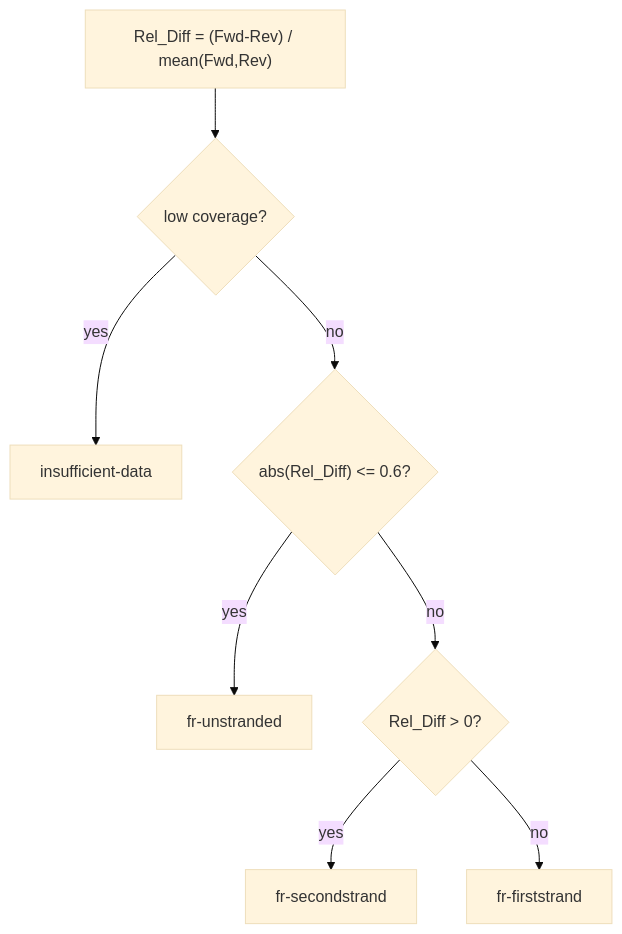
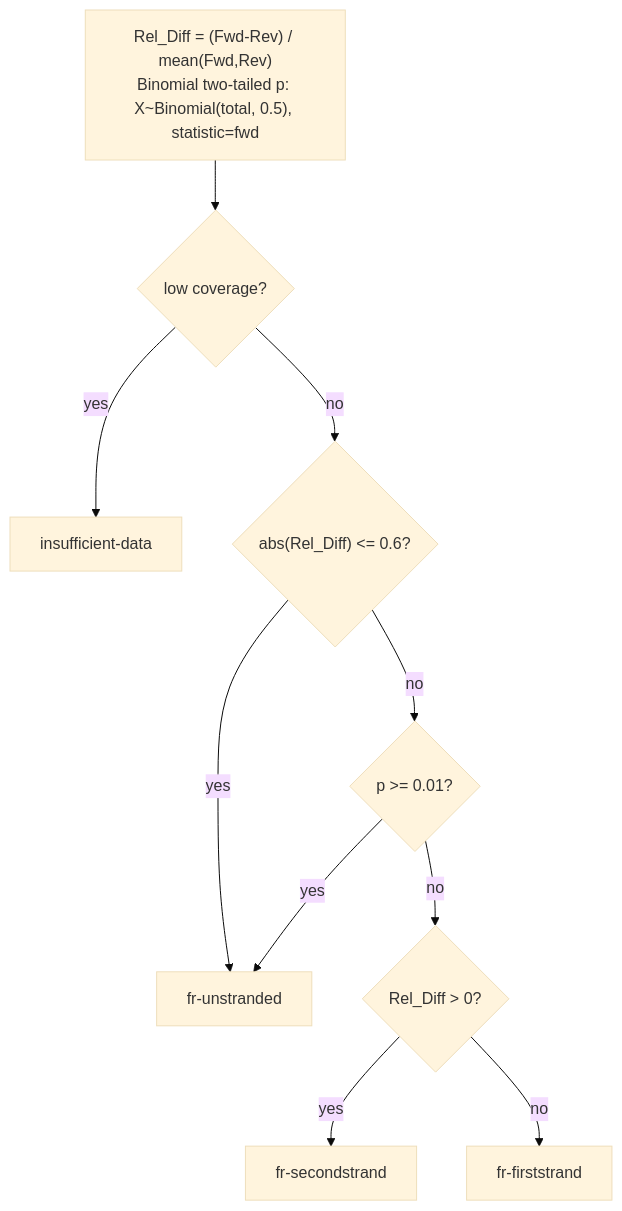
The third of 3 diagrams in README.md (yudalang3/resolveS), drawn with Mermaid (base theme) before and after one commit. The commit also changed other lines of this file and 4 other files, not shown here.

````diff
--- a/README.md
+++ b/README.md
@@ -235,10 +235,12 @@
 ```mermaid
 flowchart TD
-    A["Rel_Diff = (Fwd-Rev) / mean(Fwd,Rev)"] --> B{"low coverage?"}
+    A["Rel_Diff = (Fwd-Rev) / mean(Fwd,Rev)<br/>Binomial two-tailed p: X~Binomial(total, 0.5), statistic=fwd"] --> B{"low coverage?"}
     B -->|yes| C["insufficient-data"]
     B -->|no| D{"abs(Rel_Diff) <= 0.6?"}
     D -->|yes| E["fr-unstranded"]
-    D -->|no| F{"Rel_Diff > 0?"}
-    F -->|yes| G["fr-secondstrand"]
-    F -->|no| H["fr-firststrand"]
+    D -->|no| F{"p >= 0.01?"}
+    F -->|yes| E
+    F -->|no| G{"Rel_Diff > 0?"}
+    G -->|yes| H["fr-secondstrand"]
+    G -->|no| I["fr-firststrand"]
 ```
````
